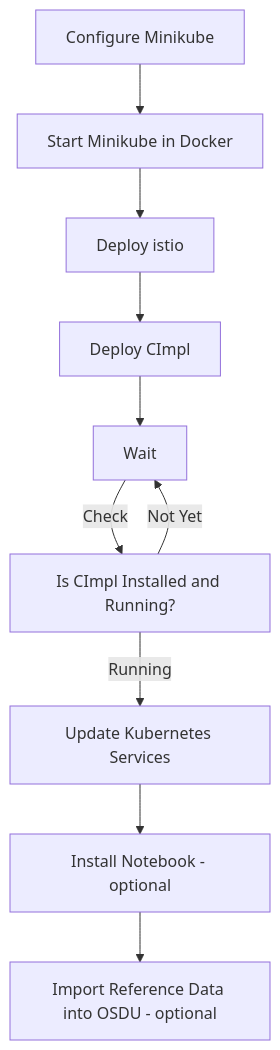
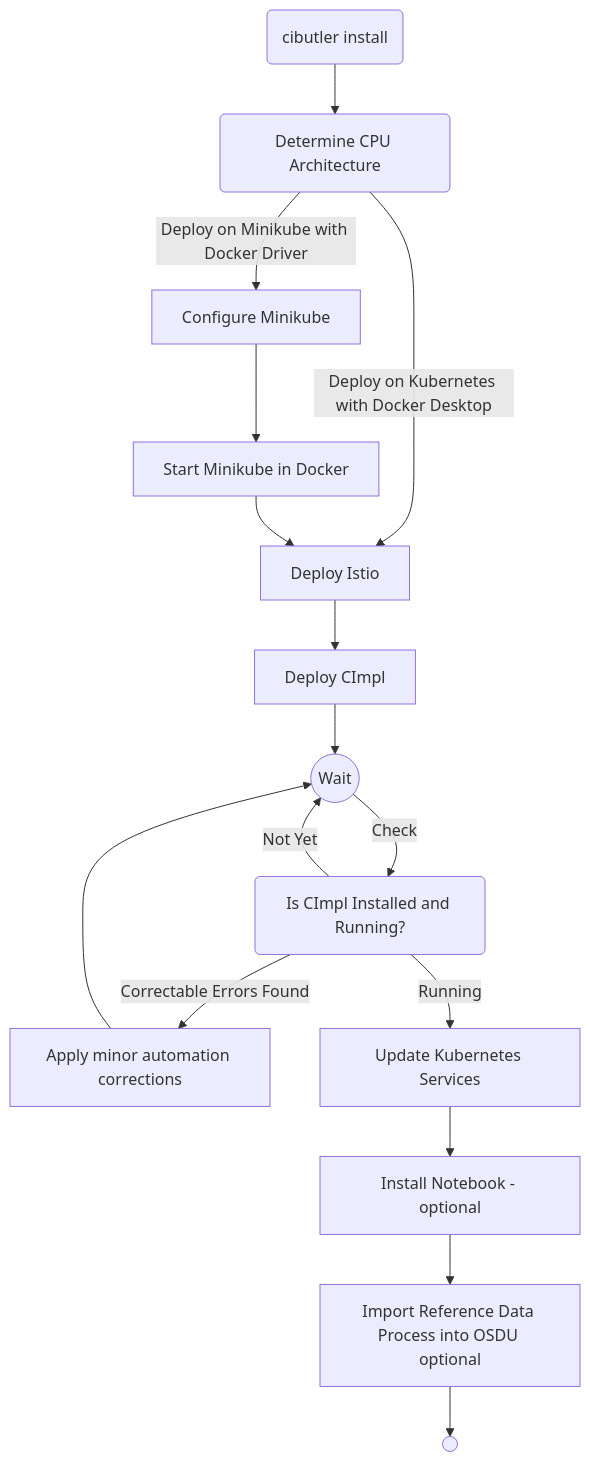
One commit to mehmetkadriumay/osduonrp changed the diagram in docs/docs/install_process.md. Above: the diagram before and after it, drawn with Mermaid. The commit also changed other lines of this file and 2 other files, not shown here.

Commit message:
documentation update

````diff
--- a/docs/docs/install_process.md
+++ b/docs/docs/install_process.md
@@ -9,12 +12,18 @@
 ``` mermaid
 graph TD
+  0(cibutler install) --> 1(Determine CPU Architecture);
+  1 --> |Deploy on Minikube with Docker Driver| A;
+  1 --> |Deploy on Kubernetes with Docker Desktop| C;
   A[Configure Minikube] --> B[Start Minikube in Docker];
-  B --> C[Deploy istio];
+  B --> C[Deploy Istio];
   C --> D[Deploy CImpl];
-  D --> E[Wait];
-  E --> |Check| G[Is CImpl Installed and Running?];
+  D --> E((Wait));
+  E --> |Check| G(Is CImpl Installed and Running?);
+  G --> |Correctable Errors Found| 9[Apply minor automation corrections];
+  9 --> E;
   G --> |Running| H[Update Kubernetes Services];
   G --> |Not Yet| E;
   H --> I[Install Notebook - optional];
-  I --> J[Import Reference Data into OSDU - optional];
+  I --> J[Import Reference Data Process into OSDU optional];
+  J --> X(( ));
 ```
````
